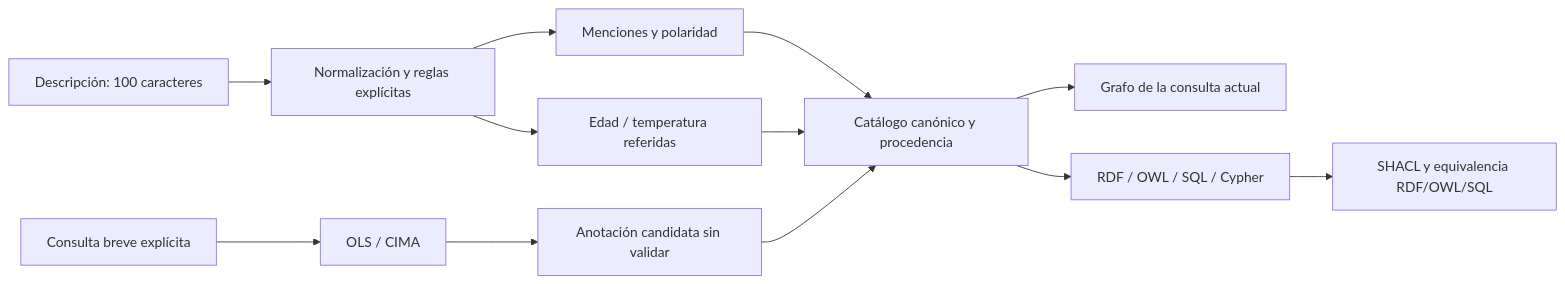
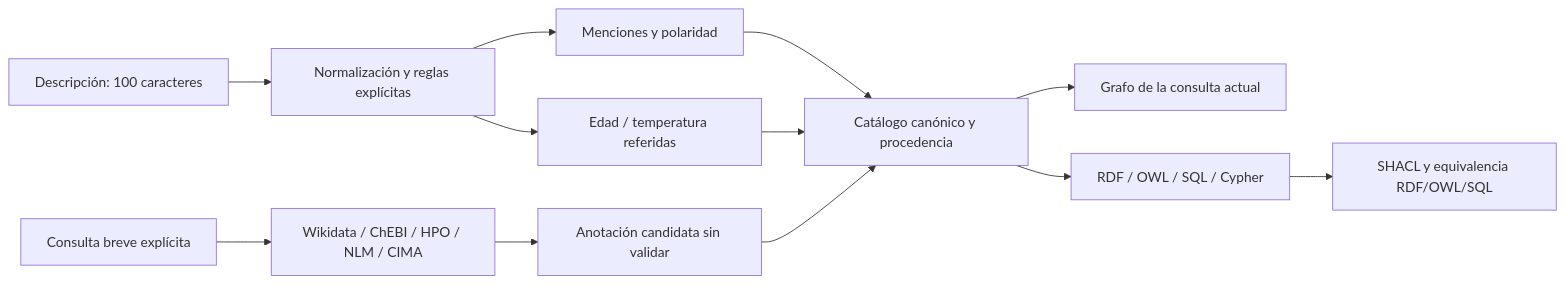
The diagram in docs/es/architecture.md (beabustor/knowledge_engineer), drawn with Mermaid before and after one commit. The commit also changed other lines of this file and 27 other files, not shown here.

````diff
--- a/docs/es/architecture.md
+++ b/docs/es/architecture.md
@@ -5,14 +5,14 @@
 ```mermaid
 flowchart LR
  A[Descripción: 100 caracteres] --> B[Normalización y reglas explícitas]
  B --> C[Menciones y polaridad]
  B --> D[Edad / temperatura referidas]
  C --> E[Catálogo canónico y procedencia]
  D --> E
  E --> F[Grafo de la consulta actual]
  E --> G[RDF / OWL / SQL / Cypher]
- H[Consulta breve explícita] --> I[OLS / CIMA]
+ H[Consulta breve explícita] --> I[Wikidata / ChEBI / HPO / NLM / CIMA]
  I --> J[Anotación candidata sin validar]
  J --> E
  G --> K[SHACL y equivalencia RDF/OWL/SQL]
 ```
````
